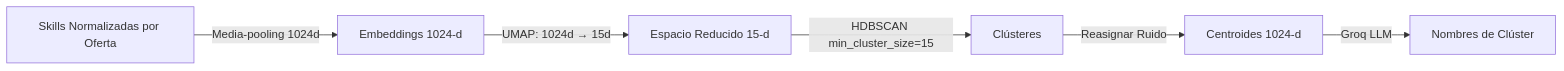
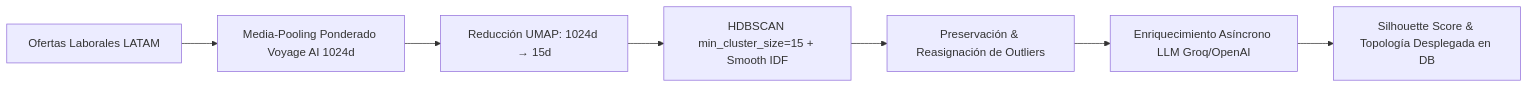
Before and after one commit to devalign/devalign-docs: the fourth of 4 diagrams in MODEL.md, drawn with Mermaid. The commit also changed other lines of this file and 5 other files, not shown here.

Commit message:
docs(architecture): update technical documentation suite to reflect latest codebase state

````diff
--- a/MODEL.md
+++ b/MODEL.md
@@ -111,8 +131,9 @@
 ```mermaid
-graph LR
-    Raw[Skills Normalizadas por Oferta] -->|Media-pooling 1024d| Emb[Embeddings 1024-d]
-    Emb -->|UMAP: 1024d → 15d| Red[Espacio Reducido 15-d]
-    Red -->|HDBSCAN min_cluster_size=15| Clust[Clústeres]
-    Clust -->|Reasignar Ruido| Centroides[Centroides 1024-d]
-    Centroides -->|Groq LLM| Names[Nombres de Clúster]
+flowchart LR
+    Offers[Ofertas Laborales LATAM] --> Vectorizer[Media-Pooling Ponderado Voyage AI 1024d]
+    Vectorizer --> UMAP[Reducción UMAP: 1024d → 15d]
+    UMAP --> HDBSCAN[HDBSCAN min_cluster_size=15 + Smooth IDF]
+    HDBSCAN --> Outliers[Preservación & Reasignación de Outliers]
+    Outliers --> LLM[Enriquecimiento Asíncrono LLM Groq/OpenAI]
+    LLM --> Metrics[Silhouette Score & Topología Desplegada en DB]
 ```
````
